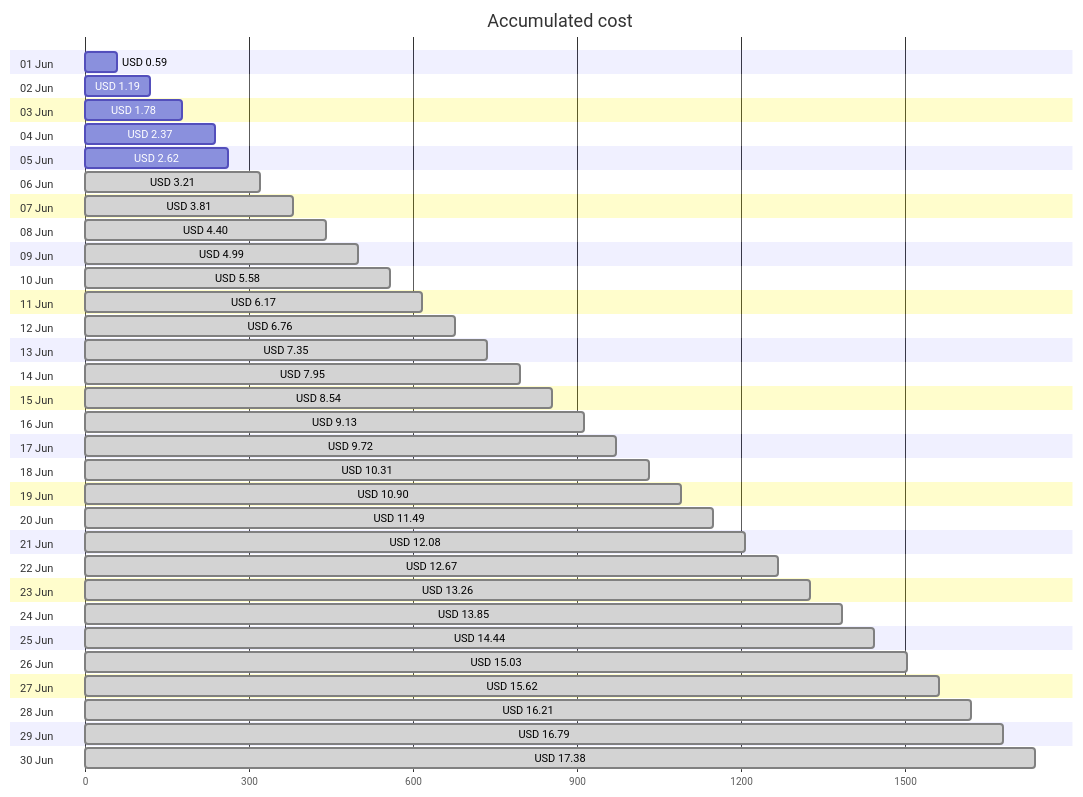
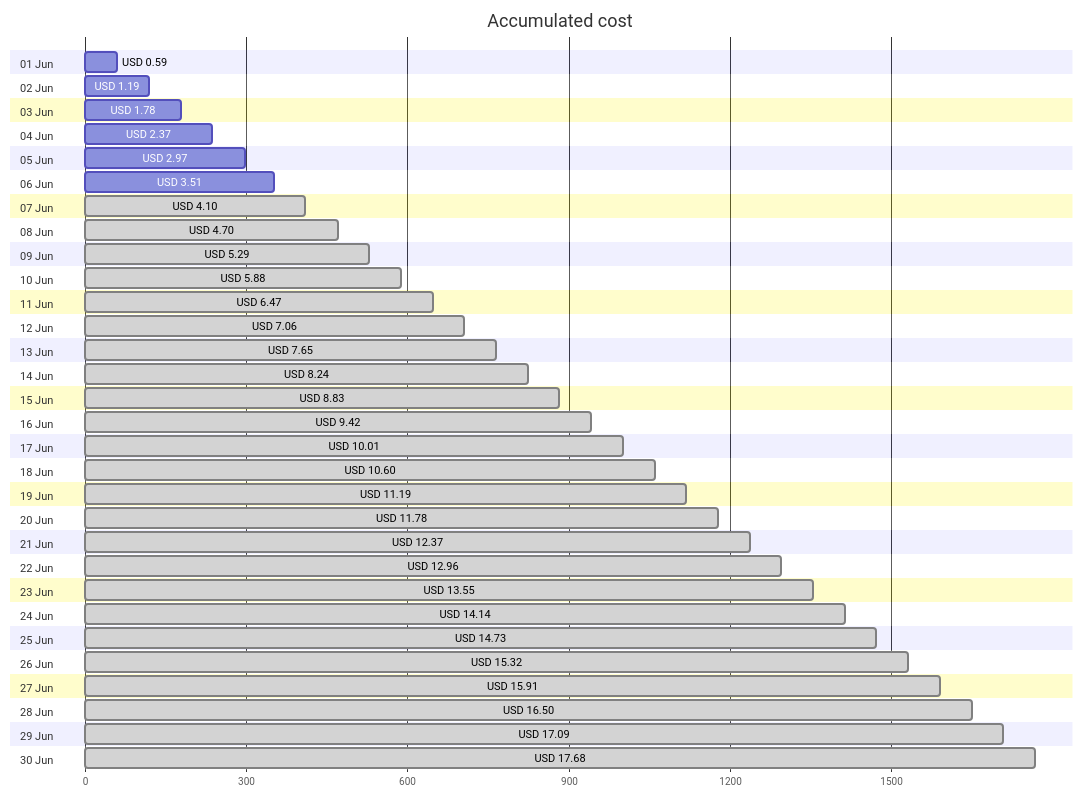
Before and after one commit to jpfulton/azure-personal-reports: the first of 4 diagrams in cost-reports/personal-site/README.md, drawn with Mermaid. The commit also changed other lines of this file and 6 other files, not shown here.

````diff
--- a/cost-reports/personal-site/README.md
+++ b/cost-reports/personal-site/README.md
@@ -20,66 +20,66 @@
 ```mermaid
 gantt
    title Accumulated cost
    dateFormat  X
    axisFormat %s
    section 01 Jun
    USD 0.59 :0, 59
    section 02 Jun
    USD 1.19 :0, 119
    section 03 Jun
    USD 1.78 :0, 178
    section 04 Jun
    USD 2.37 :0, 237
    section 05 Jun
-   USD 2.62 :0, 262
+   USD 2.97 :0, 297
    section 06 Jun
-   USD 3.21 : done, 0, 321
+   USD 3.51 :0, 351
    section 07 Jun
-   USD 3.81 : done, 0, 381
+   USD 4.10 : done, 0, 410
    section 08 Jun
-   USD 4.40 : done, 0, 440
+   USD 4.70 : done, 0, 470
    section 09 Jun
-   USD 4.99 : done, 0, 499
+   USD 5.29 : done, 0, 529
    section 10 Jun
-   USD 5.58 : done, 0, 558
+   USD 5.88 : done, 0, 588
    section 11 Jun
-   USD 6.17 : done, 0, 617
+   USD 6.47 : done, 0, 647
    section 12 Jun
-   USD 6.76 : done, 0, 676
+   USD 7.06 : done, 0, 706
    section 13 Jun
-   USD 7.35 : done, 0, 735
+   USD 7.65 : done, 0, 765
    section 14 Jun
-   USD 7.95 : done, 0, 795
+   USD 8.24 : done, 0, 824
    section 15 Jun
-   USD 8.54 : done, 0, 854
+   USD 8.83 : done, 0, 883
    section 16 Jun
-   USD 9.13 : done, 0, 913
+   USD 9.42 : done, 0, 942
    section 17 Jun
-   USD 9.72 : done, 0, 972
+   USD 10.01 : done, 0, 1001
    section 18 Jun
-   USD 10.31 : done, 0, 1031
+   USD 10.60 : done, 0, 1060
    section 19 Jun
-   USD 10.90 : done, 0, 1090
+   USD 11.19 : done, 0, 1119
    section 20 Jun
-   USD 11.49 : done, 0, 1149
+   USD 11.78 : done, 0, 1178
    section 21 Jun
-   USD 12.08 : done, 0, 1208
+   USD 12.37 : done, 0, 1237
    section 22 Jun
-   USD 12.67 : done, 0, 1267
+   USD 12.96 : done, 0, 1296
    section 23 Jun
-   USD 13.26 : done, 0, 1326
+   USD 13.55 : done, 0, 1355
    section 24 Jun
-   USD 13.85 : done, 0, 1385
+   USD 14.14 : done, 0, 1414
    section 25 Jun
-   USD 14.44 : done, 0, 1444
+   USD 14.73 : done, 0, 1473
    section 26 Jun
-   USD 15.03 : done, 0, 1503
+   USD 15.32 : done, 0, 1532
    section 27 Jun
-   USD 15.62 : done, 0, 1562
+   USD 15.91 : done, 0, 1591
    section 28 Jun
-   USD 16.21 : done, 0, 1621
+   USD 16.50 : done, 0, 1650
    section 29 Jun
-   USD 16.79 : done, 0, 1679
+   USD 17.09 : done, 0, 1709
    section 30 Jun
-   USD 17.38 : done, 0, 1738
+   USD 17.68 : done, 0, 1768
 ```
````
